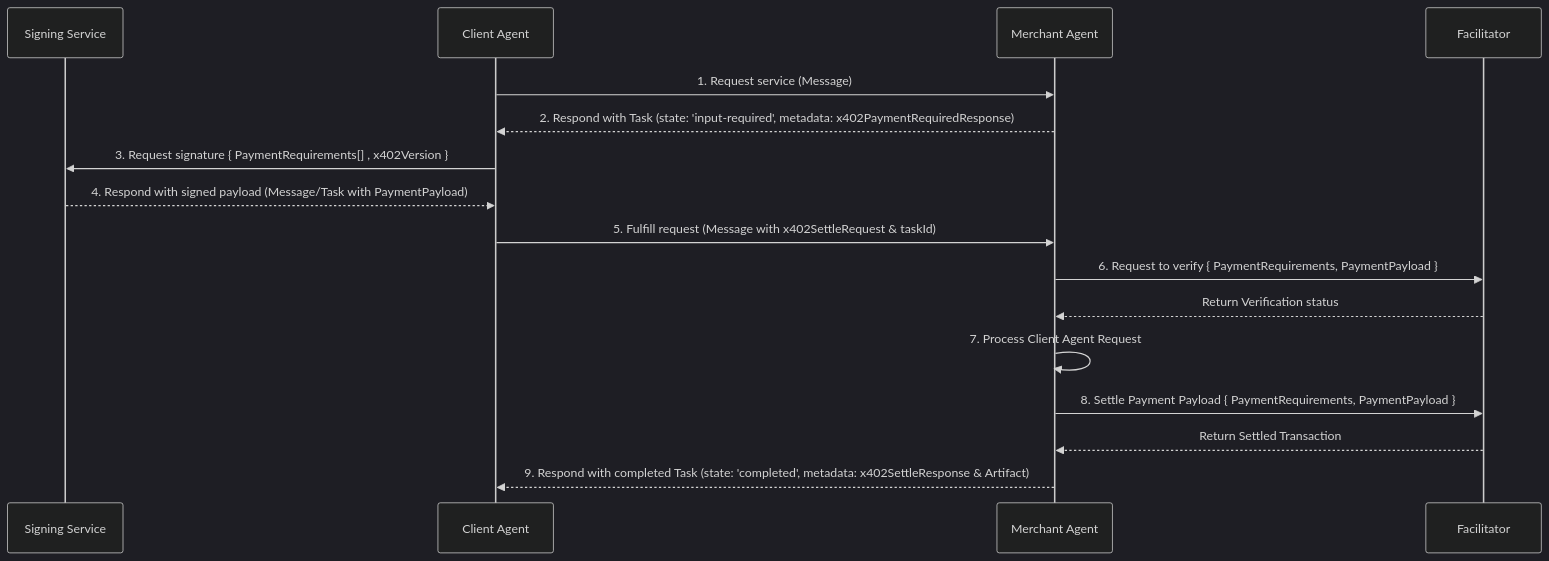
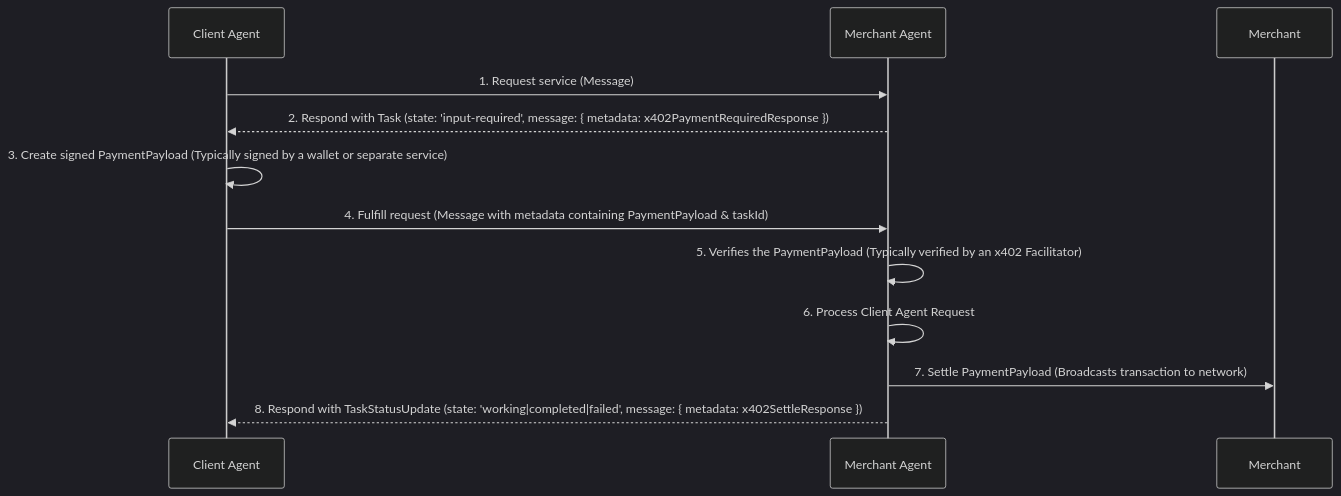
One commit to google-agentic-commerce/a2a-x402 changed the first of 2 diagrams in v0.1/spec.md. Above: the diagram before and after it, drawn with Mermaid (dark theme). The commit also changed other lines of this file, not shown here.

````diff
--- a/v0.1/spec.md
+++ b/v0.1/spec.md
@@ -86,19 +73,14 @@
 ```mermaid
 sequenceDiagram
-    participant Signing Service
     participant Client Agent
     participant Merchant Agent
-    participant Facilitator
     Client Agent->>Merchant Agent: 1. Request service (Message)
-    Merchant Agent-->>Client Agent: 2. Respond with Task (state: 'input-required', metadata: x402PaymentRequiredResponse)
-    Client Agent->>Signing Service: 3. Request signature { PaymentRequirements[] , x402Version }
-    Signing Service-->>Client Agent: 4. Respond with signed payload (Message/Task with PaymentPayload)
-    Client Agent->>Merchant Agent: 5. Fulfill request (Message with x402SettleRequest & taskId)
-    Merchant Agent->>Facilitator: 6. Request to verify  { PaymentRequirements, PaymentPayload }
-    Facilitator-->>Merchant Agent: Return Verification status
-    Merchant Agent->>Merchant Agent: 7. Process Client Agent Request
-    Merchant Agent->>Facilitator: 8. Settle Payment Payload	  { PaymentRequirements, PaymentPayload }
-    Facilitator-->>Merchant Agent: Return Settled Transaction
-    Merchant Agent-->>Client Agent: 9. Respond with completed Task (state: 'completed', metadata: x402SettleResponse & Artifact)
+    Merchant Agent-->>Client Agent: 2. Respond with Task (state: 'input-required', message: { metadata: x402PaymentRequiredResponse })
+    Client Agent->>Client Agent: 3. Create signed PaymentPayload (Typically signed by a wallet or separate service)
+    Client Agent->>Merchant Agent: 4. Fulfill request (Message with metadata containing PaymentPayload & taskId)
+    Merchant Agent->>Merchant Agent: 5. Verifies the PaymentPayload (Typically verified by an x402 Facilitator)
+    Merchant Agent->>Merchant Agent: 6. Process Client Agent Request
+    Merchant Agent->>Merchant: 7. Settle PaymentPayload	(Broadcasts transaction to network) 
+    Merchant Agent-->>Client Agent: 8. Respond with TaskStatusUpdate (state: 'working|completed|failed', message: { metadata: x402SettleResponse })
 
 ```
````
